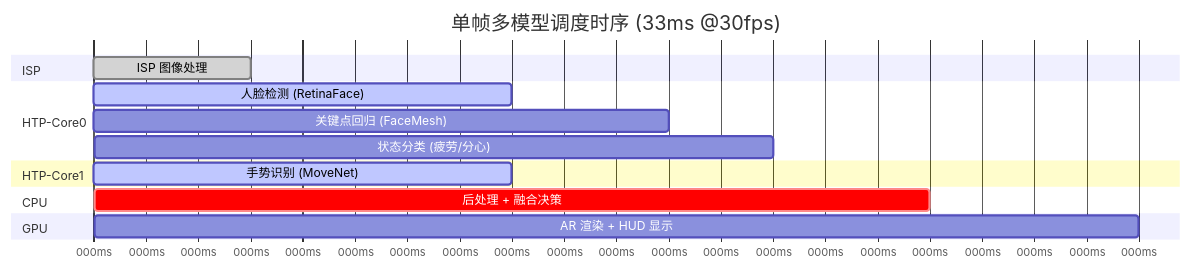
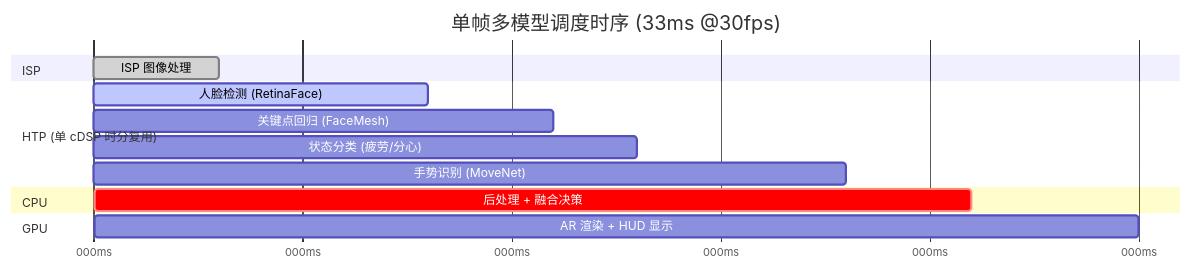
The fifth of 9 diagrams in cockpit/projects/agent-framework/deploy.md (ranpin/edge-ai-docs), drawn with Mermaid before and after one commit. The commit also changed other lines of this file and 1 other file, not shown here.

````diff
--- a/cockpit/projects/agent-framework/deploy.md
+++ b/cockpit/projects/agent-framework/deploy.md
@@ -157,23 +159,21 @@
 ```mermaid
 gantt
     title 单帧多模型调度时序 (33ms @30fps)
     dateFormat X
     axisFormat %Lms
 
     section ISP
     ISP 图像处理           :done, isp, 0, 3
 
-    section HTP-Core0
+    section HTP (单 cDSP 时分复用)
     人脸检测 (RetinaFace)  :active, fd, 3, 8
     关键点回归 (FaceMesh)  :lm, 8, 11
     状态分类 (疲劳/分心)   :cls, 11, 13
-
-    section HTP-Core1
-    手势识别 (MoveNet)     :active, gest, 3, 8
+    手势识别 (MoveNet)     :gest, 13, 18
 
     section CPU
-    后处理 + 融合决策      :crit, post, 13, 16
+    后处理 + 融合决策      :crit, post, 18, 21
 
     section GPU
-    AR 渲染 + HUD 显示     :gpu, 16, 20
+    AR 渲染 + HUD 显示     :gpu, 21, 25
 ```
````
